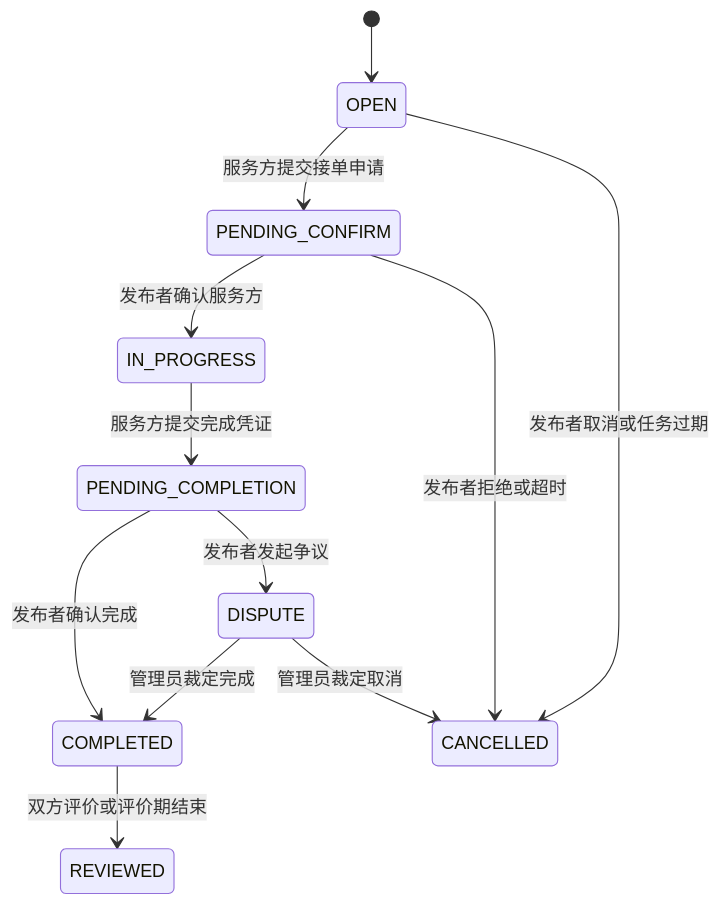
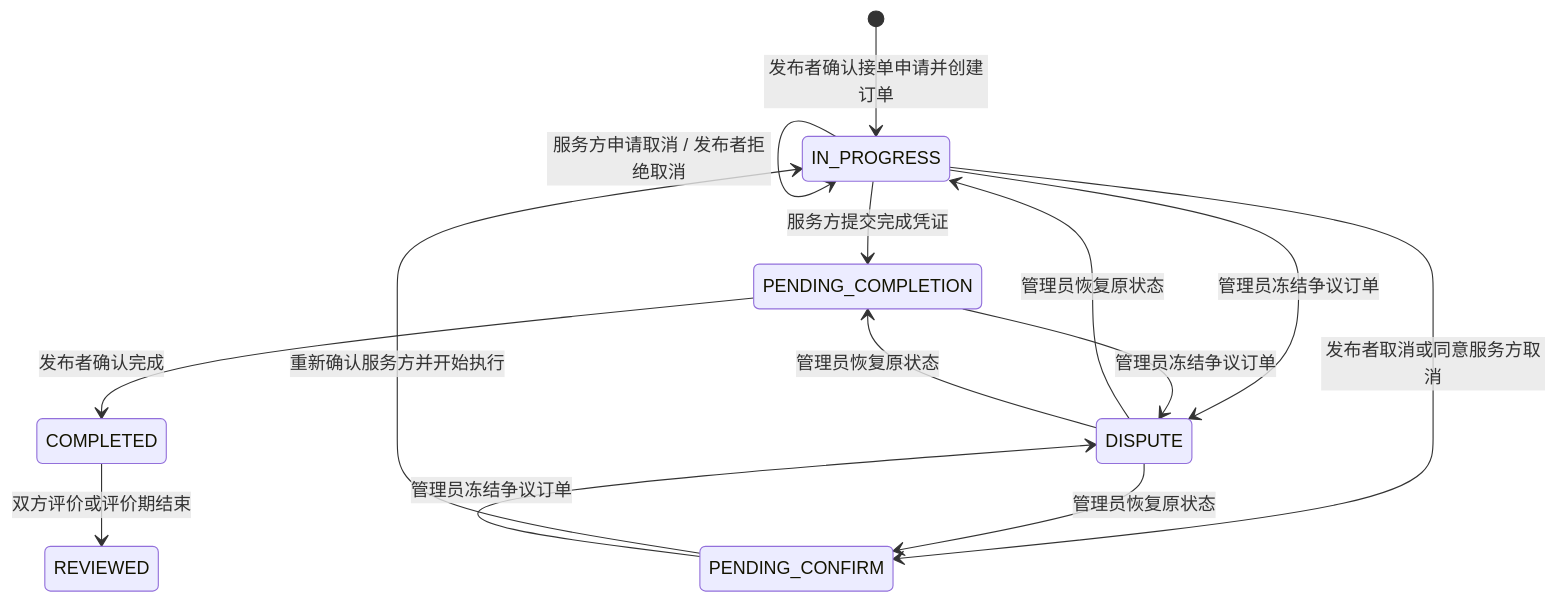
Before and after one commit to duomaameng/CampusHub: the first of 2 diagrams in docs/P3/05-detailed-design.md, drawn with Mermaid. The commit also changed other lines of this file and 23 other files, not shown here.

Commit message:
相关图片

````diff
--- a/docs/P3/05-detailed-design.md
+++ b/docs/P3/05-detailed-design.md
@@ -143,14 +145,16 @@
 ```mermaid
 stateDiagram-v2
-    [*] --> OPEN
-    OPEN --> PENDING_CONFIRM: 服务方提交接单申请
-    PENDING_CONFIRM --> IN_PROGRESS: 发布者确认服务方
-    PENDING_CONFIRM --> CANCELLED: 发布者拒绝或超时
+    [*] --> IN_PROGRESS: 发布者确认接单申请并创建订单
+    PENDING_CONFIRM --> IN_PROGRESS: 重新确认服务方并开始执行
     IN_PROGRESS --> PENDING_COMPLETION: 服务方提交完成凭证
+    IN_PROGRESS --> IN_PROGRESS: 服务方申请取消 / 发布者拒绝取消
+    IN_PROGRESS --> PENDING_CONFIRM: 发布者取消或同意服务方取消
     PENDING_COMPLETION --> COMPLETED: 发布者确认完成
-    PENDING_COMPLETION --> DISPUTE: 发布者发起争议
-    DISPUTE --> COMPLETED: 管理员裁定完成
-    DISPUTE --> CANCELLED: 管理员裁定取消
+    IN_PROGRESS --> DISPUTE: 管理员冻结争议订单
+    PENDING_COMPLETION --> DISPUTE: 管理员冻结争议订单
+    PENDING_CONFIRM --> DISPUTE: 管理员冻结争议订单
+    DISPUTE --> IN_PROGRESS: 管理员恢复原状态
+    DISPUTE --> PENDING_COMPLETION: 管理员恢复原状态
+    DISPUTE --> PENDING_CONFIRM: 管理员恢复原状态
     COMPLETED --> REVIEWED: 双方评价或评价期结束
-    OPEN --> CANCELLED: 发布者取消或任务过期
 ```
````
